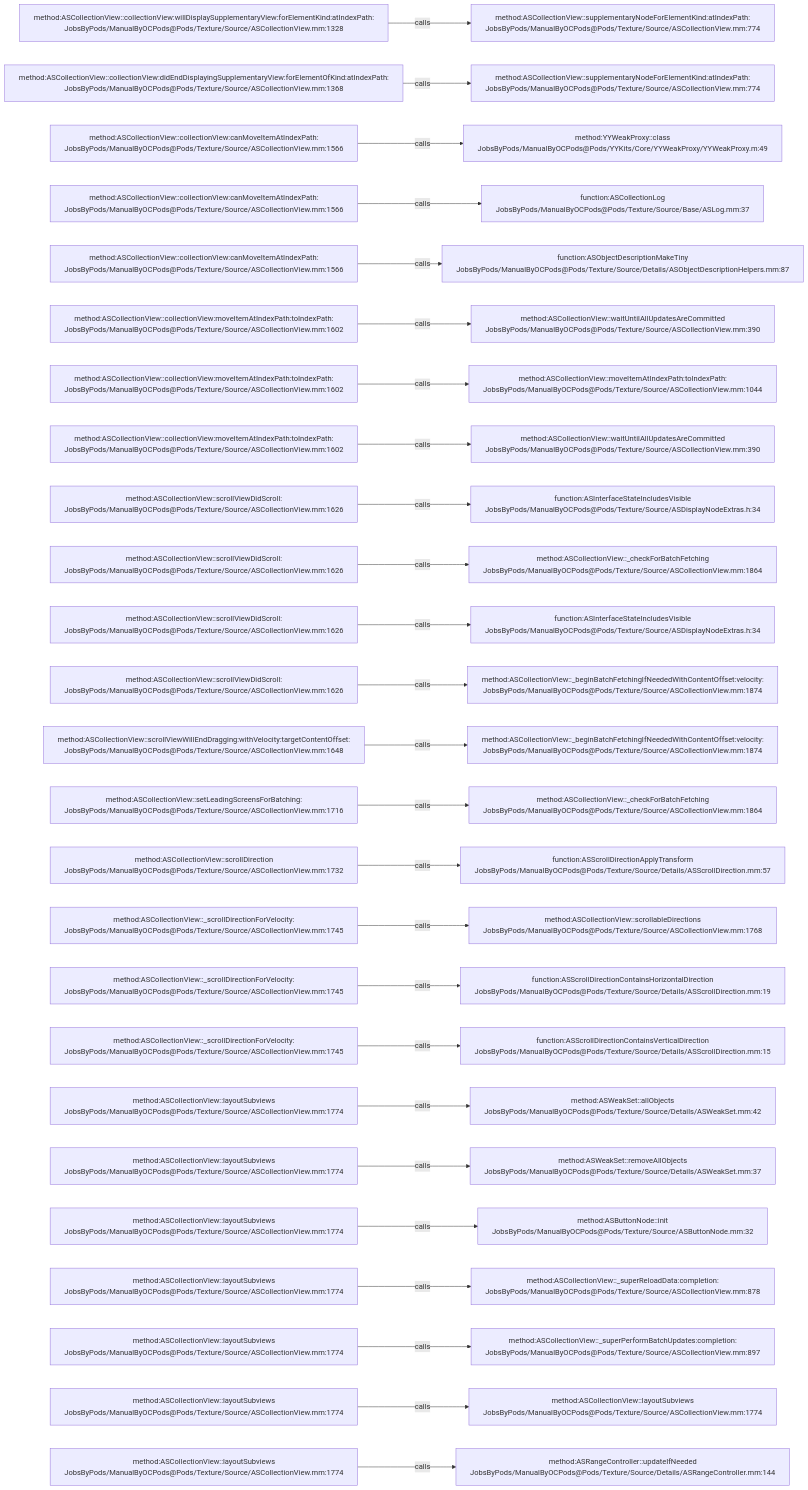
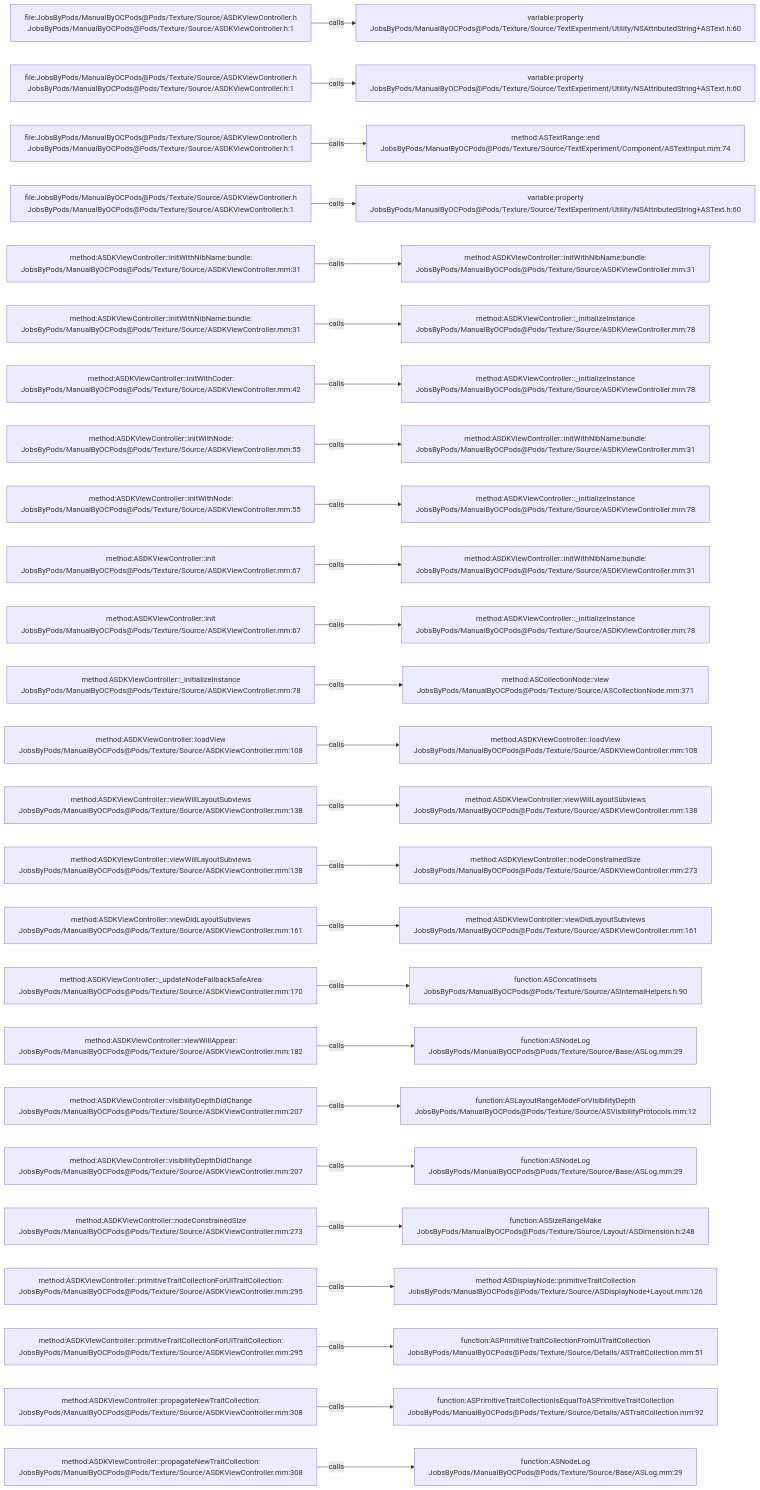
The diagram in .codegraph/codegraph.md/graphs/calls-074.md (JobsKits/JobsOCBaseConfigDemo), drawn with Mermaid before and after one commit. The commit also changed 2723 other files, not shown here.

````diff
--- a/.codegraph/codegraph.md/graphs/calls-074.md
+++ b/.codegraph/codegraph.md/graphs/calls-074.md
@@ -13,78 +13,78 @@
 ```mermaid
 flowchart LR
-  S1["method:ASCollectionView::collectionView:willDisplaySupplementaryView:forElementKind:atIndexPath:<br/>JobsByPods/ManualByOCPods@Pods/Texture/Source/ASCollectionView.mm:1328"]
-  T1["method:ASCollectionView::supplementaryNodeForElementKind:atIndexPath:<br/>JobsByPods/ManualByOCPods@Pods/Texture/Source/ASCollectionView.mm:774"]
+  S1["file:JobsByPods/ManualByOCPods@Pods/Texture/Source/ASDKViewController.h<br/>JobsByPods/ManualByOCPods@Pods/Texture/Source/ASDKViewController.h:1"]
+  T1["variable:property<br/>JobsByPods/ManualByOCPods@Pods/Texture/Source/TextExperiment/Utility/NSAttributedString+ASText.h:60"]
   S1 -->|calls| T1
-  S2["method:ASCollectionView::collectionView:didEndDisplayingSupplementaryView:forElementOfKind:atIndexPath:<br/>JobsByPods/ManualByOCPods@Pods/Texture/Source/ASCollectionView.mm:1368"]
-  T2["method:ASCollectionView::supplementaryNodeForElementKind:atIndexPath:<br/>JobsByPods/ManualByOCPods@Pods/Texture/Source/ASCollectionView.mm:774"]
+  S2["file:JobsByPods/ManualByOCPods@Pods/Texture/Source/ASDKViewController.h<br/>JobsByPods/ManualByOCPods@Pods/Texture/Source/ASDKViewController.h:1"]
+  T2["variable:property<br/>JobsByPods/ManualByOCPods@Pods/Texture/Source/TextExperiment/Utility/NSAttributedString+ASText.h:60"]
   S2 -->|calls| T2
-  S3["method:ASCollectionView::collectionView:canMoveItemAtIndexPath:<br/>JobsByPods/ManualByOCPods@Pods/Texture/Source/ASCollectionView.mm:1566"]
-  T3["method:YYWeakProxy::class<br/>JobsByPods/ManualByOCPods@Pods/YYKits/Core/YYWeakProxy/YYWeakProxy.m:49"]
+  S3["file:JobsByPods/ManualByOCPods@Pods/Texture/Source/ASDKViewController.h<br/>JobsByPods/ManualByOCPods@Pods/Texture/Source/ASDKViewController.h:1"]
+  T3["method:ASTextRange::end<br/>JobsByPods/ManualByOCPods@Pods/Texture/Source/TextExperiment/Component/ASTextInput.mm:74"]
   S3 -->|calls| T3
-  S4["method:ASCollectionView::collectionView:canMoveItemAtIndexPath:<br/>JobsByPods/ManualByOCPods@Pods/Texture/Source/ASCollectionView.mm:1566"]
-  T4["function:ASCollectionLog<br/>JobsByPods/ManualByOCPods@Pods/Texture/Source/Base/ASLog.mm:37"]
+  S4["file:JobsByPods/ManualByOCPods@Pods/Texture/Source/ASDKViewController.h<br/>JobsByPods/ManualByOCPods@Pods/Texture/Source/ASDKViewController.h:1"]
+  T4["variable:property<br/>JobsByPods/ManualByOCPods@Pods/Texture/Source/TextExperiment/Utility/NSAttributedString+ASText.h:60"]
   S4 -->|calls| T4
-  S5["method:ASCollectionView::collectionView:canMoveItemAtIndexPath:<br/>JobsByPods/ManualByOCPods@Pods/Texture/Source/ASCollectionView.mm:1566"]
-  T5["function:ASObjectDescriptionMakeTiny<br/>JobsByPods/ManualByOCPods@Pods/Texture/Source/Details/ASObjectDescriptionHelpers.mm:87"]
+  S5["method:ASDKViewController::initWithNibName:bundle:<br/>JobsByPods/ManualByOCPods@Pods/Texture/Source/ASDKViewController.mm:31"]
+  T5["method:ASDKViewController::initWithNibName:bundle:<br/>JobsByPods/ManualByOCPods@Pods/Texture/Source/ASDKViewController.mm:31"]
   S5 -->|calls| T5
-  S6["method:ASCollectionView::collectionView:moveItemAtIndexPath:toIndexPath:<br/>JobsByPods/ManualByOCPods@Pods/Texture/Source/ASCollectionView.mm:1602"]
-  T6["method:ASCollectionView::waitUntilAllUpdatesAreCommitted<br/>JobsByPods/ManualByOCPods@Pods/Texture/Source/ASCollectionView.mm:390"]
+  S6["method:ASDKViewController::initWithNibName:bundle:<br/>JobsByPods/ManualByOCPods@Pods/Texture/Source/ASDKViewController.mm:31"]
+  T6["method:ASDKViewController::_initializeInstance<br/>JobsByPods/ManualByOCPods@Pods/Texture/Source/ASDKViewController.mm:78"]
   S6 -->|calls| T6
-  S7["method:ASCollectionView::collectionView:moveItemAtIndexPath:toIndexPath:<br/>JobsByPods/ManualByOCPods@Pods/Texture/Source/ASCollectionView.mm:1602"]
-  T7["method:ASCollectionView::moveItemAtIndexPath:toIndexPath:<br/>JobsByPods/ManualByOCPods@Pods/Texture/Source/ASCollectionView.mm:1044"]
+  S7["method:ASDKViewController::initWithCoder:<br/>JobsByPods/ManualByOCPods@Pods/Texture/Source/ASDKViewController.mm:42"]
+  T7["method:ASDKViewController::_initializeInstance<br/>JobsByPods/ManualByOCPods@Pods/Texture/Source/ASDKViewController.mm:78"]
   S7 -->|calls| T7
-  S8["method:ASCollectionView::collectionView:moveItemAtIndexPath:toIndexPath:<br/>JobsByPods/ManualByOCPods@Pods/Texture/Source/ASCollectionView.mm:1602"]
-  T8["method:ASCollectionView::waitUntilAllUpdatesAreCommitted<br/>JobsByPods/ManualByOCPods@Pods/Texture/Source/ASCollectionView.mm:390"]
+  S8["method:ASDKViewController::initWithNode:<br/>JobsByPods/ManualByOCPods@Pods/Texture/Source/ASDKViewController.mm:55"]
+  T8["method:ASDKViewController::initWithNibName:bundle:<br/>JobsByPods/ManualByOCPods@Pods/Texture/Source/ASDKViewController.mm:31"]
   S8 -->|calls| T8
-  S9["method:ASCollectionView::scrollViewDidScroll:<br/>JobsByPods/ManualByOCPods@Pods/Texture/Source/ASCollectionView.mm:1626"]
-  T9["function:ASInterfaceStateIncludesVisible<br/>JobsByPods/ManualByOCPods@Pods/Texture/Source/ASDisplayNodeExtras.h:34"]
+  S9["method:ASDKViewController::initWithNode:<br/>JobsByPods/ManualByOCPods@Pods/Texture/Source/ASDKViewController.mm:55"]
+  T9["method:ASDKViewController::_initializeInstance<br/>JobsByPods/ManualByOCPods@Pods/Texture/Source/ASDKViewController.mm:78"]
   S9 -->|calls| T9
-  S10["method:ASCollectionView::scrollViewDidScroll:<br/>JobsByPods/ManualByOCPods@Pods/Texture/Source/ASCollectionView.mm:1626"]
-  T10["method:ASCollectionView::_checkForBatchFetching<br/>JobsByPods/ManualByOCPods@Pods/Texture/Source/ASCollectionView.mm:1864"]
+  S10["method:ASDKViewController::init<br/>JobsByPods/ManualByOCPods@Pods/Texture/Source/ASDKViewController.mm:67"]
+  T10["method:ASDKViewController::initWithNibName:bundle:<br/>JobsByPods/ManualByOCPods@Pods/Texture/Source/ASDKViewController.mm:31"]
   S10 -->|calls| T10
-  S11["method:ASCollectionView::scrollViewDidScroll:<br/>JobsByPods/ManualByOCPods@Pods/Texture/Source/ASCollectionView.mm:1626"]
-  T11["function:ASInterfaceStateIncludesVisible<br/>JobsByPods/ManualByOCPods@Pods/Texture/Source/ASDisplayNodeExtras.h:34"]
+  S11["method:ASDKViewController::init<br/>JobsByPods/ManualByOCPods@Pods/Texture/Source/ASDKViewController.mm:67"]
+  T11["method:ASDKViewController::_initializeInstance<br/>JobsByPods/ManualByOCPods@Pods/Texture/Source/ASDKViewController.mm:78"]
   S11 -->|calls| T11
-  S12["method:ASCollectionView::scrollViewDidScroll:<br/>JobsByPods/ManualByOCPods@Pods/Texture/Source/ASCollectionView.mm:1626"]
-  T12["method:ASCollectionView::_beginBatchFetchingIfNeededWithContentOffset:velocity:<br/>JobsByPods/ManualByOCPods@Pods/Texture/Source/ASCollectionView.mm:1874"]
+  S12["method:ASDKViewController::_initializeInstance<br/>JobsByPods/ManualByOCPods@Pods/Texture/Source/ASDKViewController.mm:78"]
+  T12["method:ASCollectionNode::view<br/>JobsByPods/ManualByOCPods@Pods/Texture/Source/ASCollectionNode.mm:371"]
   S12 -->|calls| T12
-  S13["method:ASCollectionView::scrollViewWillEndDragging:withVelocity:targetContentOffset:<br/>JobsByPods/ManualByOCPods@Pods/Texture/Source/ASCollectionView.mm:1648"]
-  T13["method:ASCollectionView::_beginBatchFetchingIfNeededWithContentOffset:velocity:<br/>JobsByPods/ManualByOCPods@Pods/Texture/Source/ASCollectionView.mm:1874"]
+  S13["method:ASDKViewController::loadView<br/>JobsByPods/ManualByOCPods@Pods/Texture/Source/ASDKViewController.mm:108"]
+  T13["method:ASDKViewController::loadView<br/>JobsByPods/ManualByOCPods@Pods/Texture/Source/ASDKViewController.mm:108"]
   S13 -->|calls| T13
-  S14["method:ASCollectionView::setLeadingScreensForBatching:<br/>JobsByPods/ManualByOCPods@Pods/Texture/Source/ASCollectionView.mm:1716"]
-  T14["method:ASCollectionView::_checkForBatchFetching<br/>JobsByPods/ManualByOCPods@Pods/Texture/Source/ASCollectionView.mm:1864"]
+  S14["method:ASDKViewController::viewWillLayoutSubviews<br/>JobsByPods/ManualByOCPods@Pods/Texture/Source/ASDKViewController.mm:138"]
+  T14["method:ASDKViewController::viewWillLayoutSubviews<br/>JobsByPods/ManualByOCPods@Pods/Texture/Source/ASDKViewController.mm:138"]
   S14 -->|calls| T14
-  S15["method:ASCollectionView::scrollDirection<br/>JobsByPods/ManualByOCPods@Pods/Texture/Source/ASCollectionView.mm:1732"]
-  T15["function:ASScrollDirectionApplyTransform<br/>JobsByPods/ManualByOCPods@Pods/Texture/Source/Details/ASScrollDirection.mm:57"]
+  S15["method:ASDKViewController::viewWillLayoutSubviews<br/>JobsByPods/ManualByOCPods@Pods/Texture/Source/ASDKViewController.mm:138"]
+  T15["method:ASDKViewController::nodeConstrainedSize<br/>JobsByPods/ManualByOCPods@Pods/Texture/Source/ASDKViewController.mm:273"]
   S15 -->|calls| T15
-  S16["method:ASCollectionView::_scrollDirectionForVelocity:<br/>JobsByPods/ManualByOCPods@Pods/Texture/Source/ASCollectionView.mm:1745"]
-  T16["method:ASCollectionView::scrollableDirections<br/>JobsByPods/ManualByOCPods@Pods/Texture/Source/ASCollectionView.mm:1768"]
+  S16["method:ASDKViewController::viewDidLayoutSubviews<br/>JobsByPods/ManualByOCPods@Pods/Texture/Source/ASDKViewController.mm:161"]
+  T16["method:ASDKViewController::viewDidLayoutSubviews<br/>JobsByPods/ManualByOCPods@Pods/Texture/Source/ASDKViewController.mm:161"]
   S16 -->|calls| T16
-  S17["method:ASCollectionView::_scrollDirectionForVelocity:<br/>JobsByPods/ManualByOCPods@Pods/Texture/Source/ASCollectionView.mm:1745"]
-  T17["function:ASScrollDirectionContainsHorizontalDirection<br/>JobsByPods/ManualByOCPods@Pods/Texture/Source/Details/ASScrollDirection.mm:19"]
+  S17["method:ASDKViewController::_updateNodeFallbackSafeArea<br/>JobsByPods/ManualByOCPods@Pods/Texture/Source/ASDKViewController.mm:170"]
+  T17["function:ASConcatInsets<br/>JobsByPods/ManualByOCPods@Pods/Texture/Source/ASInternalHelpers.h:90"]
   S17 -->|calls| T17
-  S18["method:ASCollectionView::_scrollDirectionForVelocity:<br/>JobsByPods/ManualByOCPods@Pods/Texture/Source/ASCollectionView.mm:1745"]
-  T18["function:ASScrollDirectionContainsVerticalDirection<br/>JobsByPods/ManualByOCPods@Pods/Texture/Source/Details/ASScrollDirection.mm:15"]
+  S18["method:ASDKViewController::viewWillAppear:<br/>JobsByPods/ManualByOCPods@Pods/Texture/Source/ASDKViewController.mm:182"]
+  T18["function:ASNodeLog<br/>JobsByPods/ManualByOCPods@Pods/Texture/Source/Base/ASLog.mm:29"]
   S18 -->|calls| T18
-  S19["method:ASCollectionView::layoutSubviews<br/>JobsByPods/ManualByOCPods@Pods/Texture/Source/ASCollectionView.mm:1774"]
-  T19["method:ASWeakSet::allObjects<br/>JobsByPods/ManualByOCPods@Pods/Texture/Source/Details/ASWeakSet.mm:42"]
+  S19["method:ASDKViewController::visibilityDepthDidChange<br/>JobsByPods/ManualByOCPods@Pods/Texture/Source/ASDKViewController.mm:207"]
+  T19["function:ASLayoutRangeModeForVisibilityDepth<br/>JobsByPods/ManualByOCPods@Pods/Texture/Source/ASVisibilityProtocols.mm:12"]
   S19 -->|calls| T19
-  S20["method:ASCollectionView::layoutSubviews<br/>JobsByPods/ManualByOCPods@Pods/Texture/Source/ASCollectionView.mm:1774"]
-  T20["method:ASWeakSet::removeAllObjects<br/>JobsByPods/ManualByOCPods@Pods/Texture/Source/Details/ASWeakSet.mm:37"]
+  S20["method:ASDKViewController::visibilityDepthDidChange<br/>JobsByPods/ManualByOCPods@Pods/Texture/Source/ASDKViewController.mm:207"]
+  T20["function:ASNodeLog<br/>JobsByPods/ManualByOCPods@Pods/Texture/Source/Base/ASLog.mm:29"]
   S20 -->|calls| T20
-  S21["method:ASCollectionView::layoutSubviews<br/>JobsByPods/ManualByOCPods@Pods/Texture/Source/ASCollectionView.mm:1774"]
-  T21["method:ASButtonNode::init<br/>JobsByPods/ManualByOCPods@Pods/Texture/Source/ASButtonNode.mm:32"]
+  S21["method:ASDKViewController::nodeConstrainedSize<br/>JobsByPods/ManualByOCPods@Pods/Texture/Source/ASDKViewController.mm:273"]
+  T21["function:ASSizeRangeMake<br/>JobsByPods/ManualByOCPods@Pods/Texture/Source/Layout/ASDimension.h:248"]
   S21 -->|calls| T21
-  S22["method:ASCollectionView::layoutSubviews<br/>JobsByPods/ManualByOCPods@Pods/Texture/Source/ASCollectionView.mm:1774"]
-  T22["method:ASCollectionView::_superReloadData:completion:<br/>JobsByPods/ManualByOCPods@Pods/Texture/Source/ASCollectionView.mm:878"]
+  S22["method:ASDKViewController::primitiveTraitCollectionForUITraitCollection:<br/>JobsByPods/ManualByOCPods@Pods/Texture/Source/ASDKViewController.mm:295"]
+  T22["method:ASDisplayNode::primitiveTraitCollection<br/>JobsByPods/ManualByOCPods@Pods/Texture/Source/ASDisplayNode+Layout.mm:126"]
   S22 -->|calls| T22
-  S23["method:ASCollectionView::layoutSubviews<br/>JobsByPods/ManualByOCPods@Pods/Texture/Source/ASCollectionView.mm:1774"]
-  T23["method:ASCollectionView::_superPerformBatchUpdates:completion:<br/>JobsByPods/ManualByOCPods@Pods/Texture/Source/ASCollectionView.mm:897"]
+  S23["method:ASDKViewController::primitiveTraitCollectionForUITraitCollection:<br/>JobsByPods/ManualByOCPods@Pods/Texture/Source/ASDKViewController.mm:295"]
+  T23["function:ASPrimitiveTraitCollectionFromUITraitCollection<br/>JobsByPods/ManualByOCPods@Pods/Texture/Source/Details/ASTraitCollection.mm:51"]
   S23 -->|calls| T23
-  S24["method:ASCollectionView::layoutSubviews<br/>JobsByPods/ManualByOCPods@Pods/Texture/Source/ASCollectionView.mm:1774"]
-  T24["method:ASCollectionView::layoutSubviews<br/>JobsByPods/ManualByOCPods@Pods/Texture/Source/ASCollectionView.mm:1774"]
+  S24["method:ASDKViewController::propagateNewTraitCollection:<br/>JobsByPods/ManualByOCPods@Pods/Texture/Source/ASDKViewController.mm:308"]
+  T24["function:ASPrimitiveTraitCollectionIsEqualToASPrimitiveTraitCollection<br/>JobsByPods/ManualByOCPods@Pods/Texture/Source/Details/ASTraitCollection.mm:92"]
   S24 -->|calls| T24
-  S25["method:ASCollectionView::layoutSubviews<br/>JobsByPods/ManualByOCPods@Pods/Texture/Source/ASCollectionView.mm:1774"]
-  T25["method:ASRangeController::updateIfNeeded<br/>JobsByPods/ManualByOCPods@Pods/Texture/Source/Details/ASRangeController.mm:144"]
+  S25["method:ASDKViewController::propagateNewTraitCollection:<br/>JobsByPods/ManualByOCPods@Pods/Texture/Source/ASDKViewController.mm:308"]
+  T25["function:ASNodeLog<br/>JobsByPods/ManualByOCPods@Pods/Texture/Source/Base/ASLog.mm:29"]
   S25 -->|calls| T25
 ```
````
